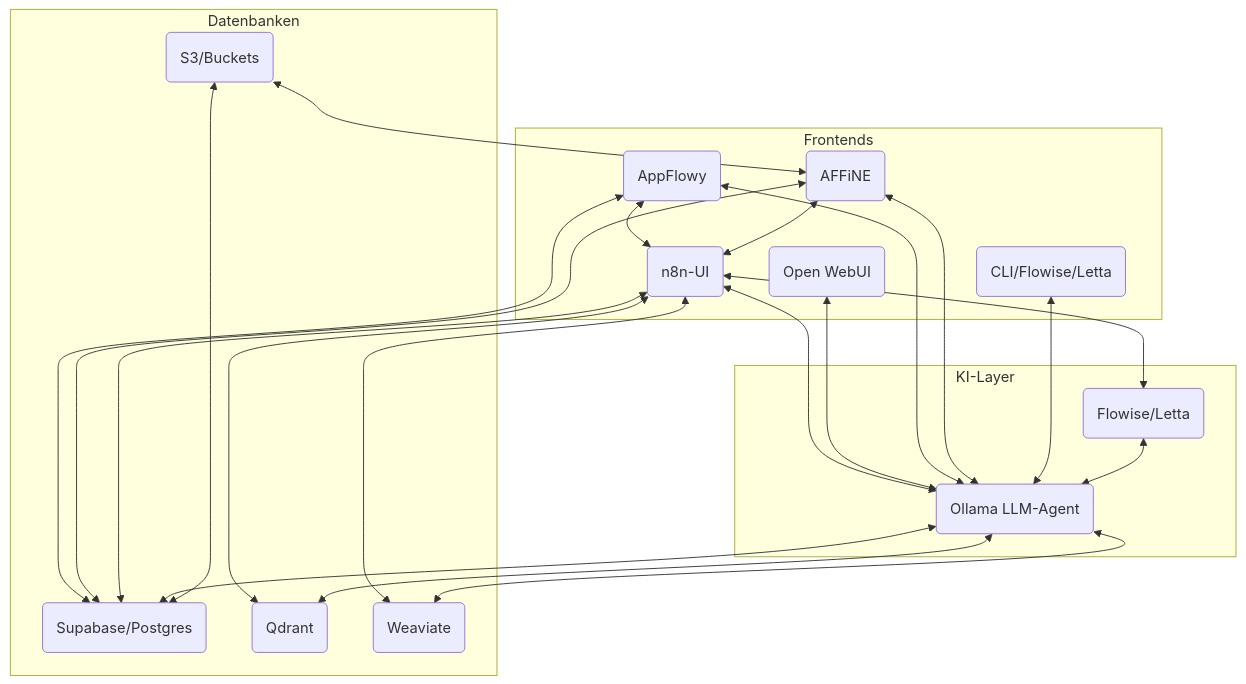
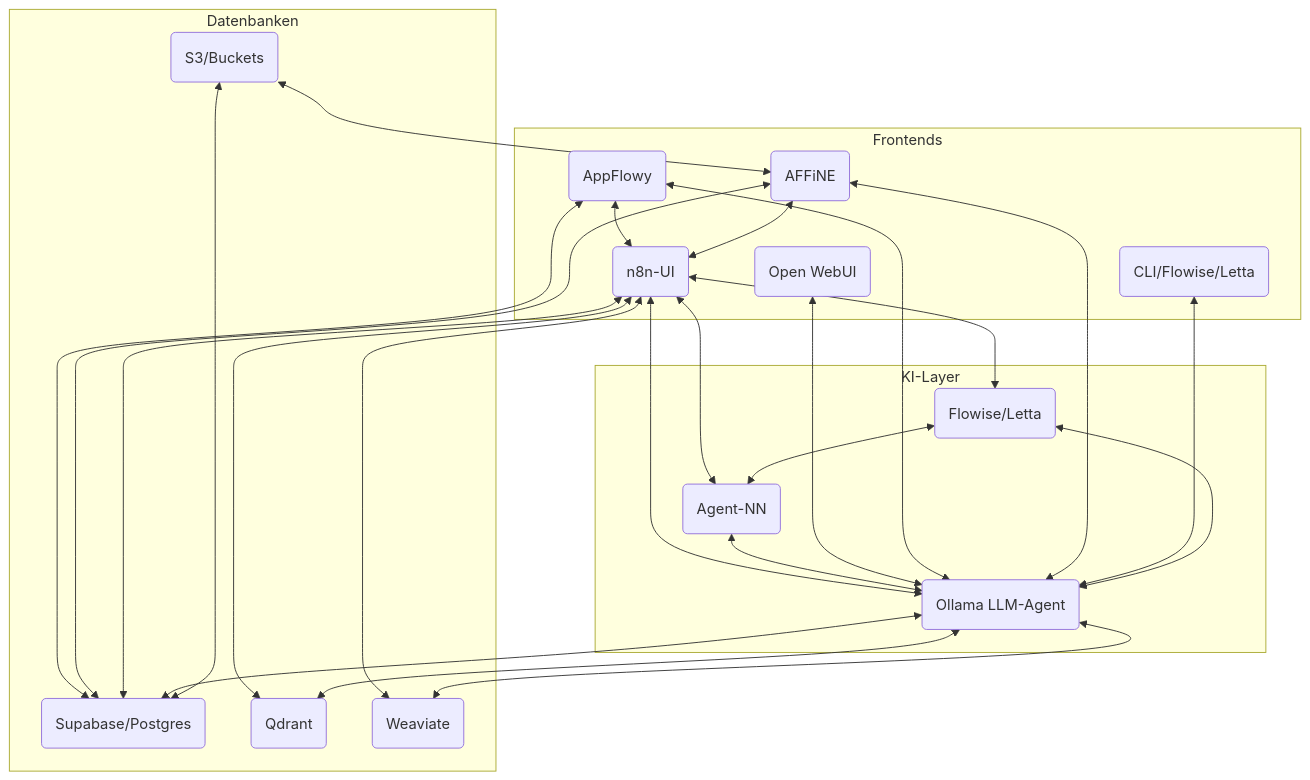
Before and after one commit to 161sam/n8n-installer: the diagram in ARCHITECTURE.md, drawn with Mermaid. The commit also changed other lines of this file and 6 other files, not shown here.

Commit message:
docs: add Agent-NN to architecture

````diff
--- a/ARCHITECTURE.md
+++ b/ARCHITECTURE.md
@@ -76,42 +77,46 @@
 ```mermaid
 flowchart TD
   subgraph Frontends
     AF(AppFlowy)
     AFF(AFFiNE)
     OW(Open WebUI)
     N8(n8n-UI)
     CLI(CLI/Flowise/Letta)
   end
 
   subgraph Datenbanken
     SB(Supabase/Postgres)
     QD(Qdrant)
     WV(Weaviate)
     S3(S3/Buckets)
   end
 
   subgraph KI-Layer
     LLM(Ollama LLM-Agent)
     FLW(Flowise/Letta)
+    AGN(Agent-NN)
   end
 
   AF <--> SB
   AFF <--> SB
   AF <--> N8
   AFF <--> N8
   N8 <--> QD
   N8 <--> WV
   N8 <--> SB
   N8 <--> LLM
   N8 <--> FLW
+  N8 <--> AGN
   LLM <--> QD
   LLM <--> WV
   LLM <--> SB
+  AGN <--> LLM
   OW <--> LLM
   AF <--> LLM
   AFF <--> LLM
   CLI <--> LLM
   FLW <--> LLM
+  FLW <--> AGN
   S3 <--> AFF
   S3 <--> SB
 ```
````
